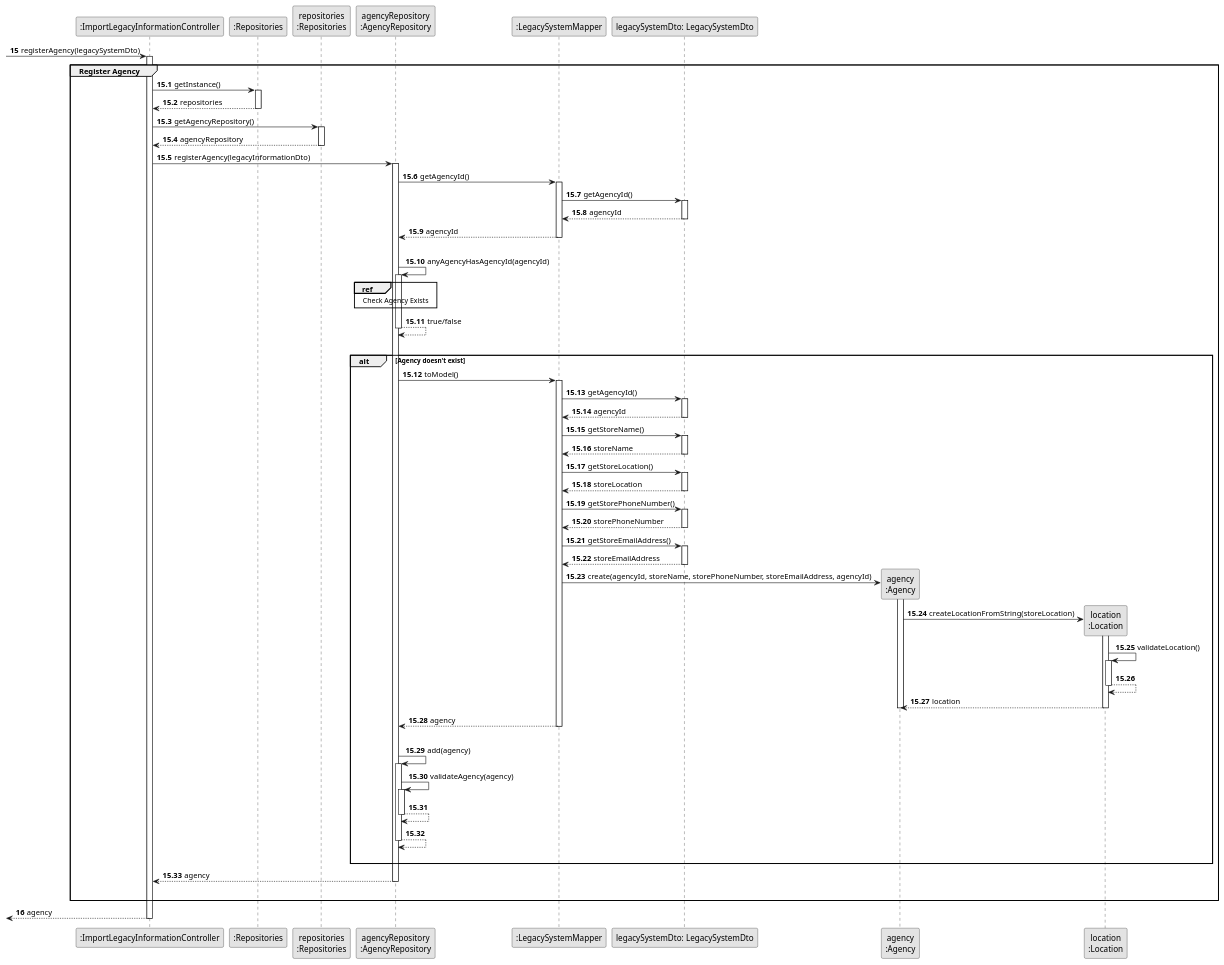
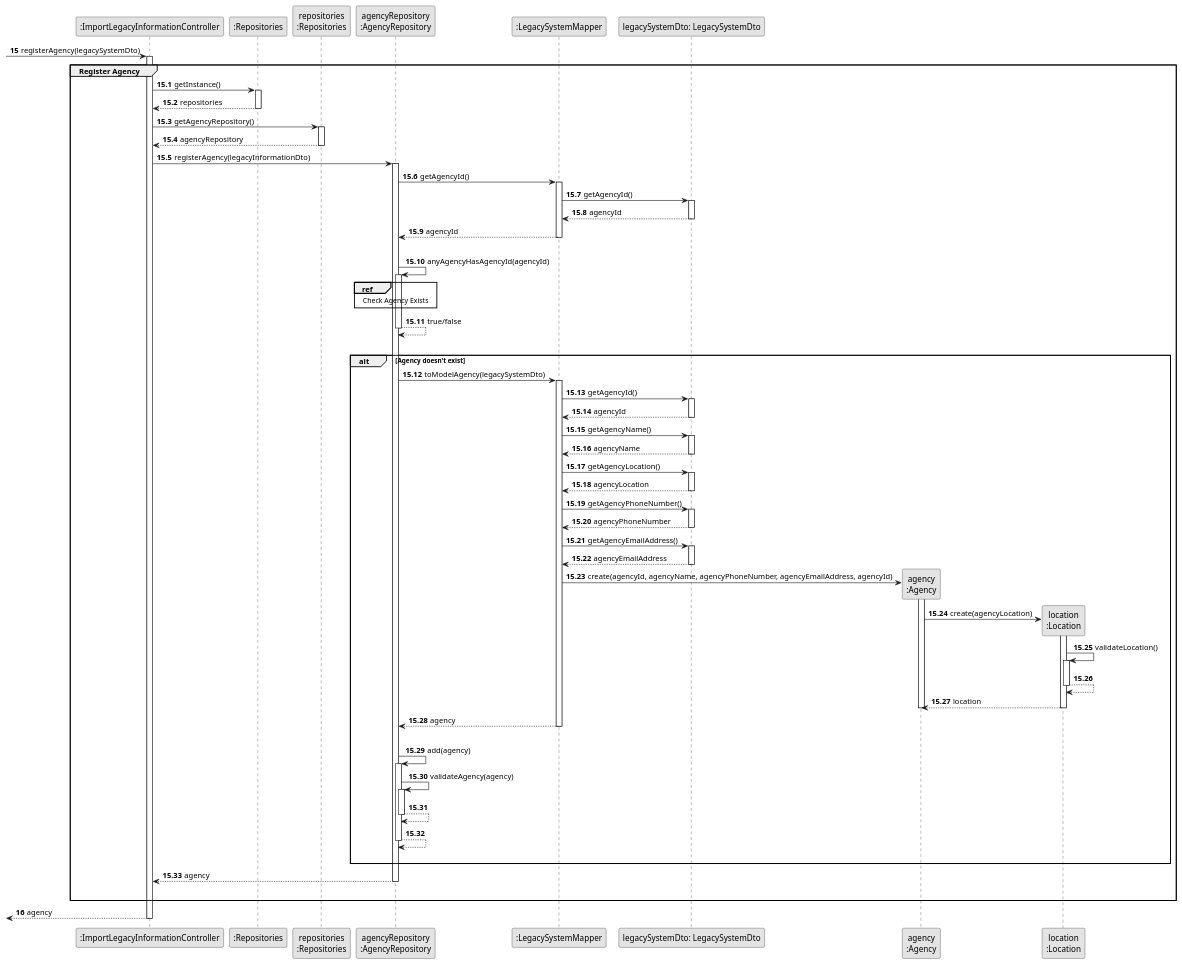
One commit to rita-barbosa/LAPR2-2223 changed the diagram in docs/sprintC/us012/03.design/puml/us012-sequence-diagram-partial-register-agency.puml. Above: the diagram before and after it, drawn with PlantUML. The commit also changed 4 other files, not shown here.

Commit message:
Update sequence & class diagram [US012][Design]

```diff
--- a/docs/sprintC/us012/03.design/puml/us012-sequence-diagram-partial-register-agency.puml
+++ b/docs/sprintC/us012/03.design/puml/us012-sequence-diagram-partial-register-agency.puml
@@ -1,133 +1,133 @@
 @startuml
 skinparam monochrome true
 skinparam packageStyle rectangle
 skinparam shadowing false
 
 autonumber
 
 'hide footbox
 participant ":ImportLegacyInformationController" as CTRL
 participant ":Repositories" as RepSingleton
 participant "repositories\n:Repositories" as PLAT
 participant "agencyRepository\n:AgencyRepository" as AgRep
 participant ":LegacySystemMapper" as LegSysMAPPER
 participant "legacySystemDto: LegacySystemDto" as LegSysDTO
 participant "agency\n:Agency" as AGENCY
 participant "location\n:Location" as LOCATION
 
 autonumber 15
   -> CTRL : registerAgency(legacySystemDto)
     activate CTRL
 
 group Register Agency
 autonumber 15.1
 
     CTRL -> RepSingleton: getInstance()
     activate RepSingleton
 
     RepSingleton --> CTRL : repositories
     deactivate RepSingleton
 
     CTRL -> PLAT : getAgencyRepository()
     activate PLAT
 
     PLAT --> CTRL : agencyRepository
     deactivate PLAT
 
     CTRL -> AgRep : registerAgency(legacyInformationDto)
     activate AgRep
     AgRep -> LegSysMAPPER : getAgencyId()
     activate LegSysMAPPER
 
     LegSysMAPPER -> LegSysDTO : getAgencyId()
     activate LegSysDTO
 
     LegSysDTO --> LegSysMAPPER : agencyId
     deactivate LegSysDTO
 
     LegSysMAPPER --> AgRep : agencyId
     deactivate LegSysMAPPER
 
     |||
     AgRep -> AgRep : anyAgencyHasAgencyId(agencyId)
     activate AgRep
 
         ref over AgRep
             Check Agency Exists
         end ref
 
     AgRep --> AgRep: true/false
     deactivate AgRep
 
     |||
     alt  Agency doesn't exist
-        AgRep -> LegSysMAPPER :  toModel()
+        AgRep -> LegSysMAPPER :  toModelAgency(legacySystemDto)
         activate LegSysMAPPER
 
         LegSysMAPPER -> LegSysDTO : getAgencyId()
         activate LegSysDTO
         LegSysDTO --> LegSysMAPPER : agencyId
         deactivate LegSysDTO
 
-        LegSysMAPPER -> LegSysDTO : getStoreName()
+        LegSysMAPPER -> LegSysDTO : getAgencyName()
         activate LegSysDTO
-        LegSysDTO --> LegSysMAPPER : storeName
+        LegSysDTO --> LegSysMAPPER : agencyName
         deactivate LegSysDTO
 
-        LegSysMAPPER -> LegSysDTO : getStoreLocation()
+        LegSysMAPPER -> LegSysDTO : getAgencyLocation()
         activate LegSysDTO
-        LegSysDTO --> LegSysMAPPER : storeLocation
+        LegSysDTO --> LegSysMAPPER : agencyLocation
         deactivate LegSysDTO
 
-        LegSysMAPPER -> LegSysDTO : getStorePhoneNumber()
+        LegSysMAPPER -> LegSysDTO : getAgencyPhoneNumber()
         activate LegSysDTO
-        LegSysDTO --> LegSysMAPPER : storePhoneNumber
+        LegSysDTO --> LegSysMAPPER : agencyPhoneNumber
         deactivate LegSysDTO
 
-        LegSysMAPPER -> LegSysDTO : getStoreEmailAddress()
+        LegSysMAPPER -> LegSysDTO : getAgencyEmailAddress()
         activate LegSysDTO
-        LegSysDTO --> LegSysMAPPER : storeEmailAddress
+        LegSysDTO --> LegSysMAPPER : agencyEmailAddress
         deactivate LegSysDTO
 
-        LegSysMAPPER -> AGENCY** : create(agencyId, storeName, storePhoneNumber, storeEmailAddress, agencyId)
+        LegSysMAPPER -> AGENCY** : create(agencyId, agencyName, agencyPhoneNumber, agencyEmailAddress, agencyId)
         activate AGENCY
 
-        AGENCY -> LOCATION** : createLocationFromString(storeLocation)
+        AGENCY -> LOCATION** : create(agencyLocation)
         activate LOCATION
 
         LOCATION -> LOCATION: validateLocation()
         activate LOCATION
         LOCATION --> LOCATION :
         deactivate LOCATION
 
         LOCATION --> AGENCY : location
         deactivate LOCATION
         deactivate AGENCY
 
 
         LegSysMAPPER --> AgRep : agency
         deactivate LegSysMAPPER
         |||
         AgRep -> AgRep : add(agency)
         activate AgRep
 
             AgRep -> AgRep: validateAgency(agency)
             activate AgRep
             AgRep --> AgRep:
             deactivate AgRep
 
         AgRep --> AgRep:
         deactivate AgRep
     |||
     end alt
 
     AgRep --> CTRL : agency
     deactivate AgRep
 
 |||
 end group
 autonumber 16
      <-- CTRL : agency
      deactivate CTRL
 
 @enduml
```
